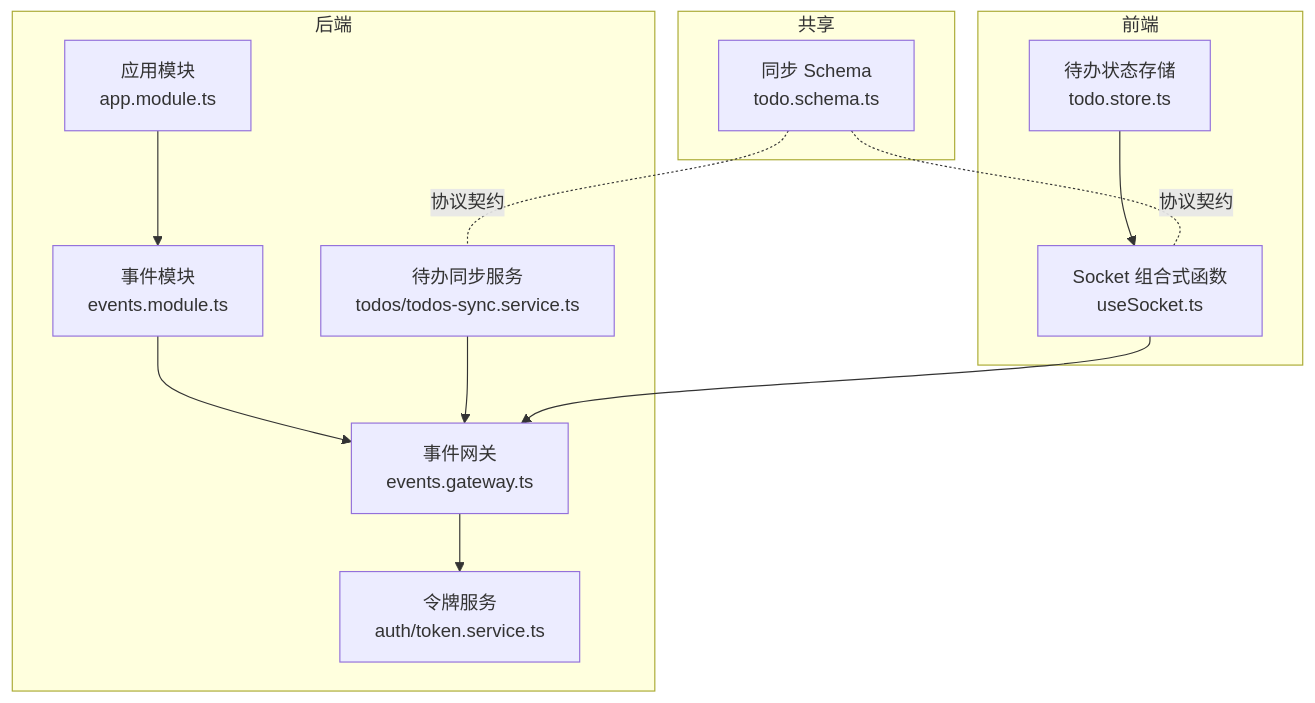
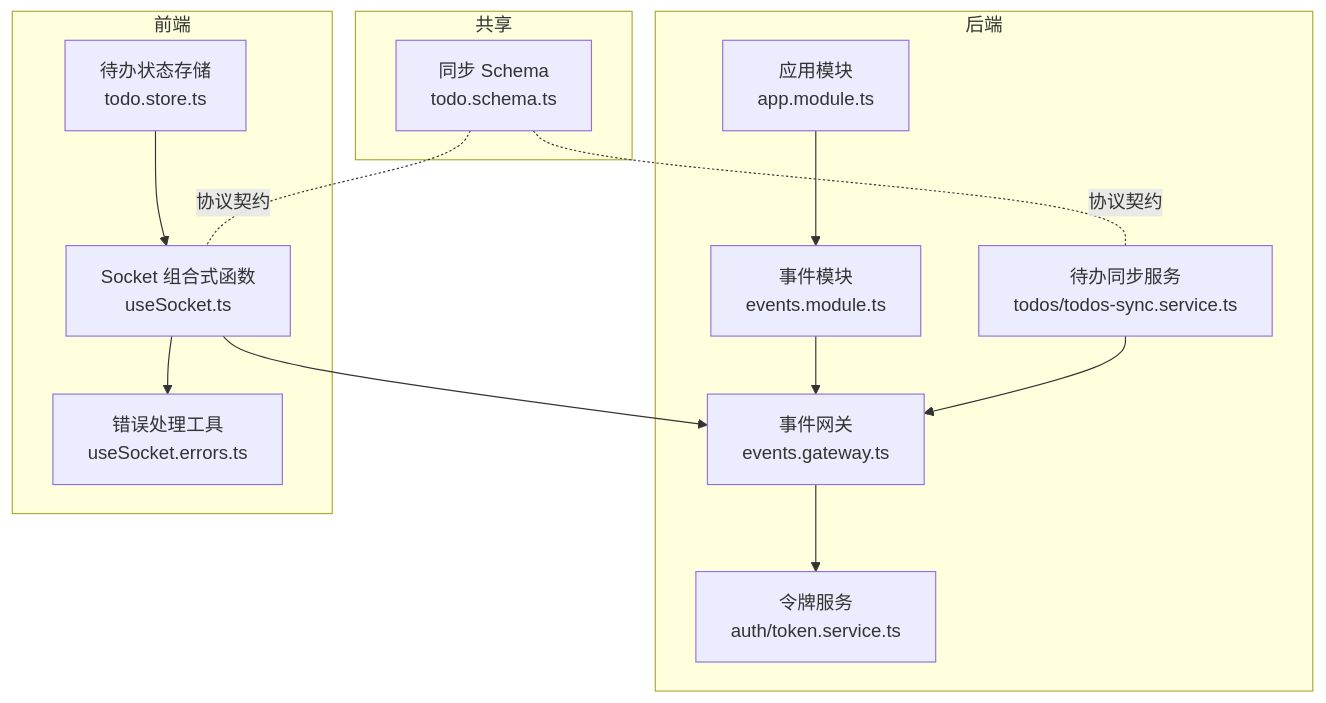
One commit to xixixiaoyu/Todo changed the first of 7 diagrams in .qoder/repowiki/zh/content/架构设计/实时通信架构.md. Above: the diagram before and after it, drawn with Mermaid. The commit also changed other lines of this file and 6 other files, not shown here.

````diff
--- a/.qoder/repowiki/zh/content/架构设计/实时通信架构.md
+++ b/.qoder/repowiki/zh/content/架构设计/实时通信架构.md
@@ -33,25 +41,27 @@
 ```mermaid
 graph TB
 subgraph "后端"
 GW["事件网关<br/>events.gateway.ts"]
 EM["事件模块<br/>events.module.ts"]
 AM["应用模块<br/>app.module.ts"]
 TS["令牌服务<br/>auth/token.service.ts"]
 TSYNC["待办同步服务<br/>todos/todos-sync.service.ts"]
 end
 subgraph "前端"
 USOCK["Socket 组合式函数<br/>useSocket.ts"]
+ERRORS["错误处理工具<br/>useSocket.errors.ts"]
 TSTORE["待办状态存储<br/>todo.store.ts"]
 end
 subgraph "共享"
 SCHEMA["同步 Schema<br/>todo.schema.ts"]
 end
 AM --> EM
 EM --> GW
 GW --> TS
 TSYNC --> GW
 USOCK --> GW
+USOCK --> ERRORS
 TSTORE --> USOCK
 SCHEMA -. 协议契约 .- USOCK
 SCHEMA -. 协议契约 .- TSYNC
 ```
````
